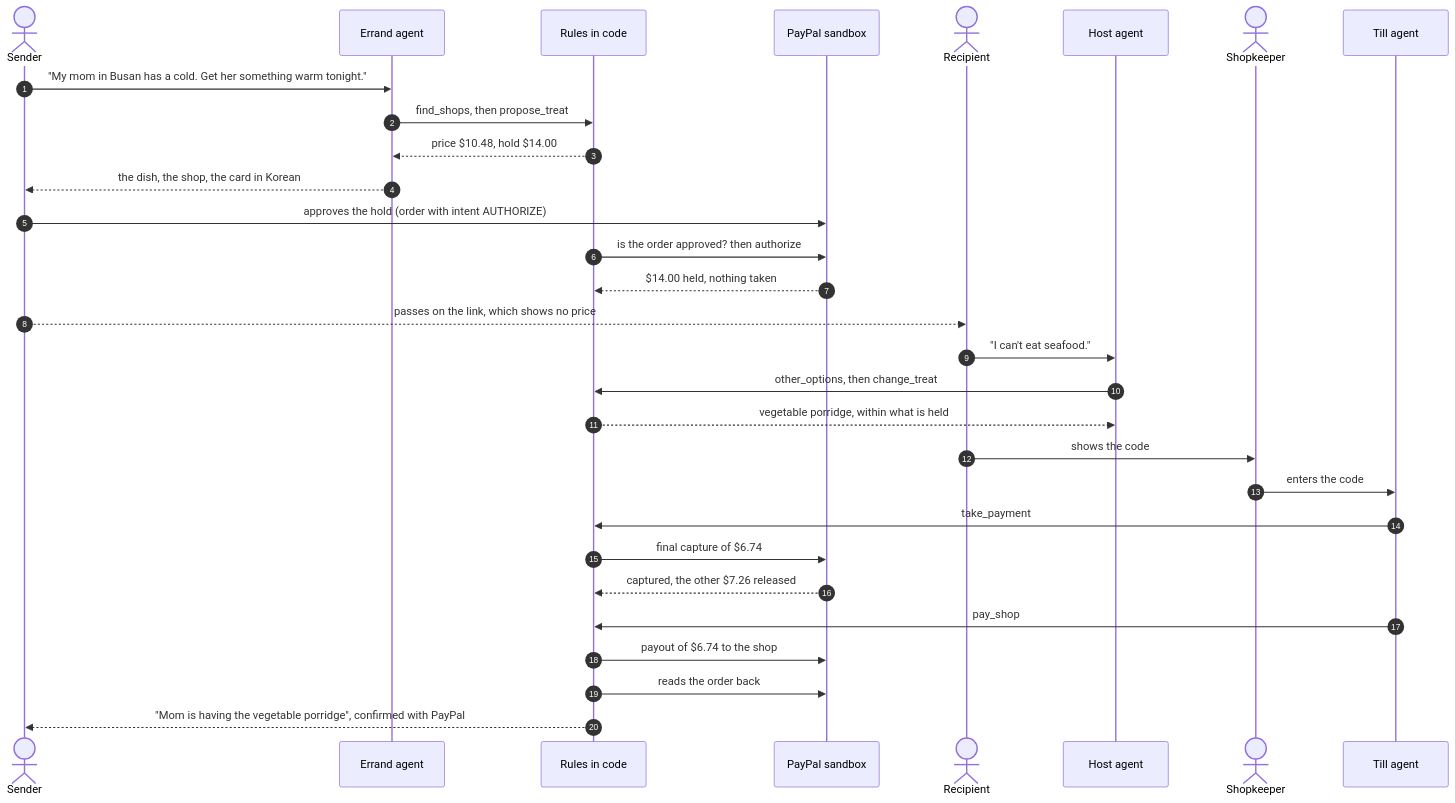
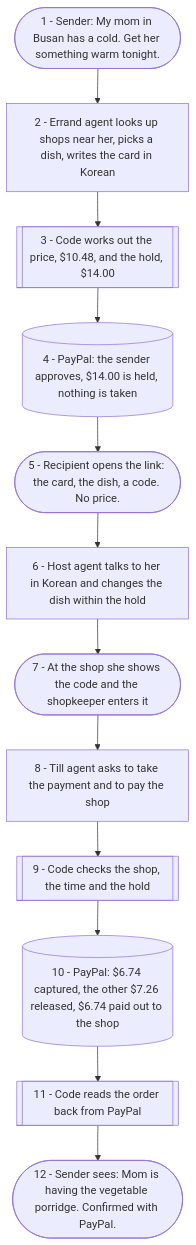
Before and after one commit to 55wind/handover: the first of 7 diagrams in README.md, drawn with Mermaid. The commit also changed other lines of this file, not shown here.

Commit message:
docs: flow diagrams drawn top to bottom so they stay readable on GitHub

````diff
--- a/README.md
+++ b/README.md
@@ -63,33 +63,16 @@
 ```mermaid
-sequenceDiagram
-    autonumber
-    actor S as Sender
-    participant E as Errand agent
-    participant C as Rules in code
-    participant P as PayPal sandbox
-    actor R as Recipient
-    participant H as Host agent
-    actor K as Shopkeeper
-    participant T as Till agent
-
-    S->>E: "My mom in Busan has a cold. Get her something warm tonight."
-    E->>C: find_shops, then propose_treat
-    C-->>E: price $10.48, hold $14.00
-    E-->>S: the dish, the shop, the card in Korean
-    S->>P: approves the hold (order with intent AUTHORIZE)
-    C->>P: is the order approved? then authorize
-    P-->>C: $14.00 held, nothing taken
-    S-->>R: passes on the link, which shows no price
-    R->>H: "I can't eat seafood."
-    H->>C: other_options, then change_treat
-    C-->>H: vegetable porridge, within what is held
-    R->>K: shows the code
-    K->>T: enters the code
-    T->>C: take_payment
-    C->>P: final capture of $6.74
-    P-->>C: captured, the other $7.26 released
-    T->>C: pay_shop
-    C->>P: payout of $6.74 to the shop
-    C->>P: reads the order back
-    C-->>S: "Mom is having the vegetable porridge", confirmed with PayPal
+flowchart TD
+    S1(["1 - Sender: My mom in Busan has a cold. Get her something warm tonight."])
+    E1["2 - Errand agent looks up shops near her, picks a dish, writes the card in Korean"]
+    C1[["3 - Code works out the price, $10.48, and the hold, $14.00"]]
+    P1[("4 - PayPal: the sender approves, $14.00 is held, nothing is taken")]
+    R1(["5 - Recipient opens the link: the card, the dish, a code. No price."])
+    H1["6 - Host agent talks to her in Korean and changes the dish within the hold"]
+    K1(["7 - At the shop she shows the code and the shopkeeper enters it"])
+    T1["8 - Till agent asks to take the payment and to pay the shop"]
+    C2[["9 - Code checks the shop, the time and the hold"]]
+    P2[("10 - PayPal: $6.74 captured, the other $7.26 released, $6.74 paid out to the shop")]
+    C3[["11 - Code reads the order back from PayPal"]]
+    S2(["12 - Sender sees: Mom is having the vegetable porridge. Confirmed with PayPal."])
+    S1 --> E1 --> C1 --> P1 --> R1 --> H1 --> K1 --> T1 --> C2 --> P2 --> C3 --> S2
 ```
````
